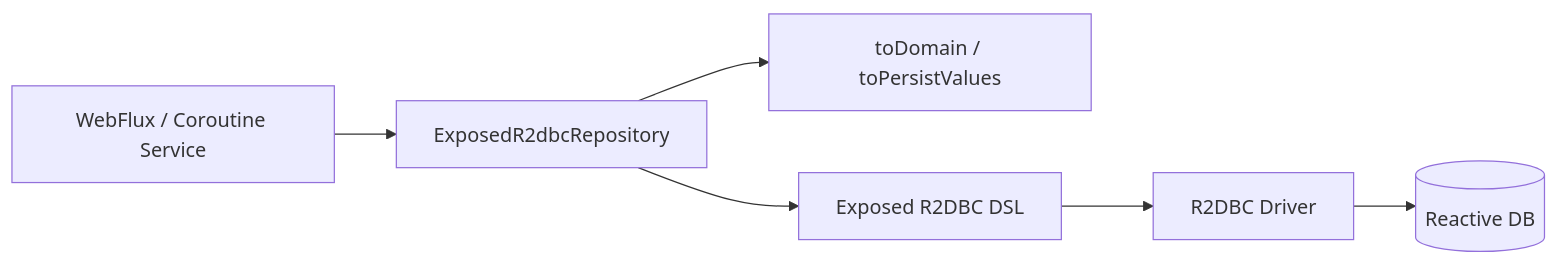
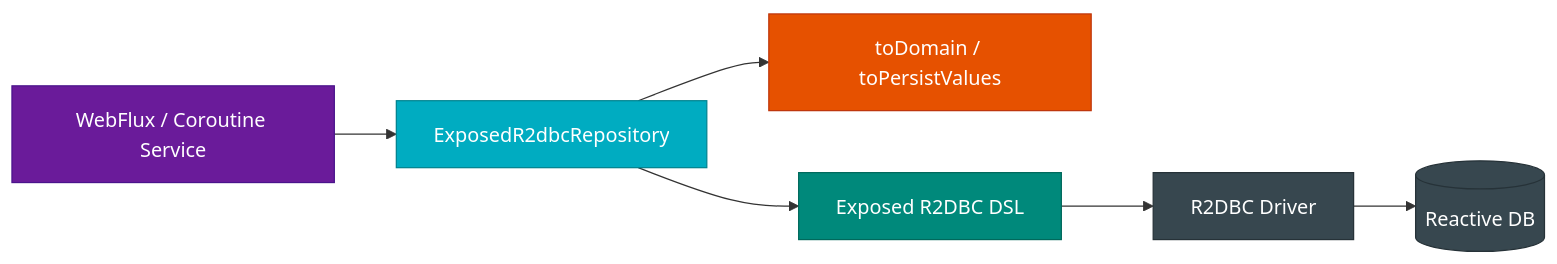
One commit to bluetape4k/bluetape4k-projects changed the second of 2 diagrams in spring-boot4/exposed-r2dbc/README.ko.md. Above: the diagram before and after it, drawn with Mermaid. The commit also changed other lines of this file and 221 other files, not shown here.

First line of the commit message:
docs: 전체 모듈 README UML 다이어그램 보강 및 색상 업그레이드

````diff
--- a/spring-boot4/exposed-r2dbc/README.ko.md
+++ b/spring-boot4/exposed-r2dbc/README.ko.md
@@ -67,15 +74,27 @@
 ```mermaid
 flowchart LR
     WebFlux["WebFlux / Coroutine Service"]
     Repo["ExposedR2dbcRepository"]
     Mapper["toDomain / toPersistValues"]
     DSL["Exposed R2DBC DSL"]
     Driver["R2DBC Driver"]
     DB[("Reactive DB")]
 
     WebFlux --> Repo
     Repo --> Mapper
     Repo --> DSL
     DSL --> Driver
     Driver --> DB
+
+    classDef webStyle fill:#6A1B9A,stroke:#4A148C,color:#FFFFFF
+    classDef repoStyle fill:#00ACC1,stroke:#00838F,color:#FFFFFF
+    classDef mapperStyle fill:#E65100,stroke:#BF360C,color:#FFFFFF
+    classDef dslStyle fill:#00897B,stroke:#00695C,color:#FFFFFF
+    classDef dbStyle fill:#37474F,stroke:#263238,color:#FFFFFF
+
+    class WebFlux webStyle
+    class Repo repoStyle
+    class Mapper mapperStyle
+    class DSL dslStyle
+    class Driver,DB dbStyle
 ```
````
